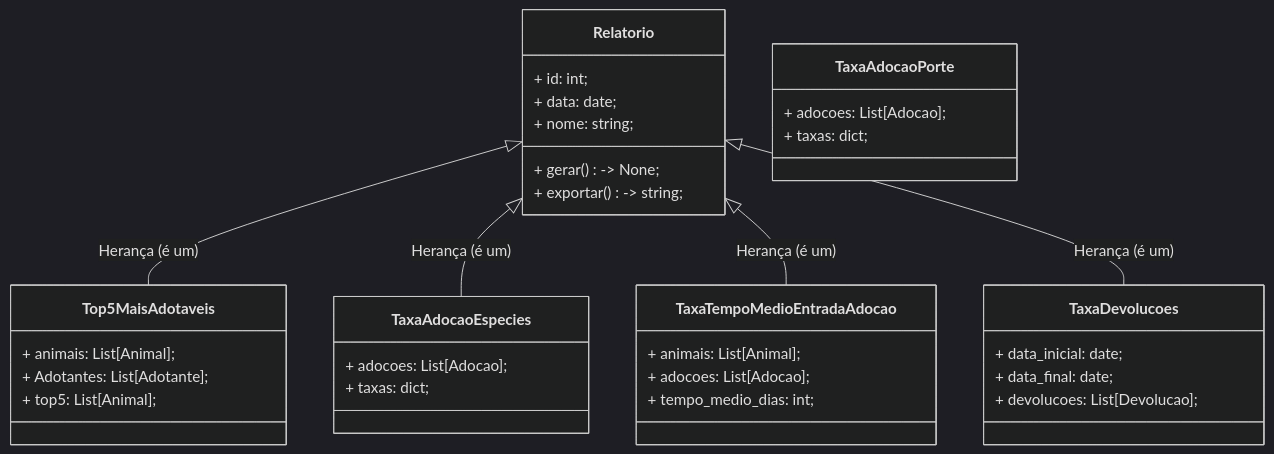
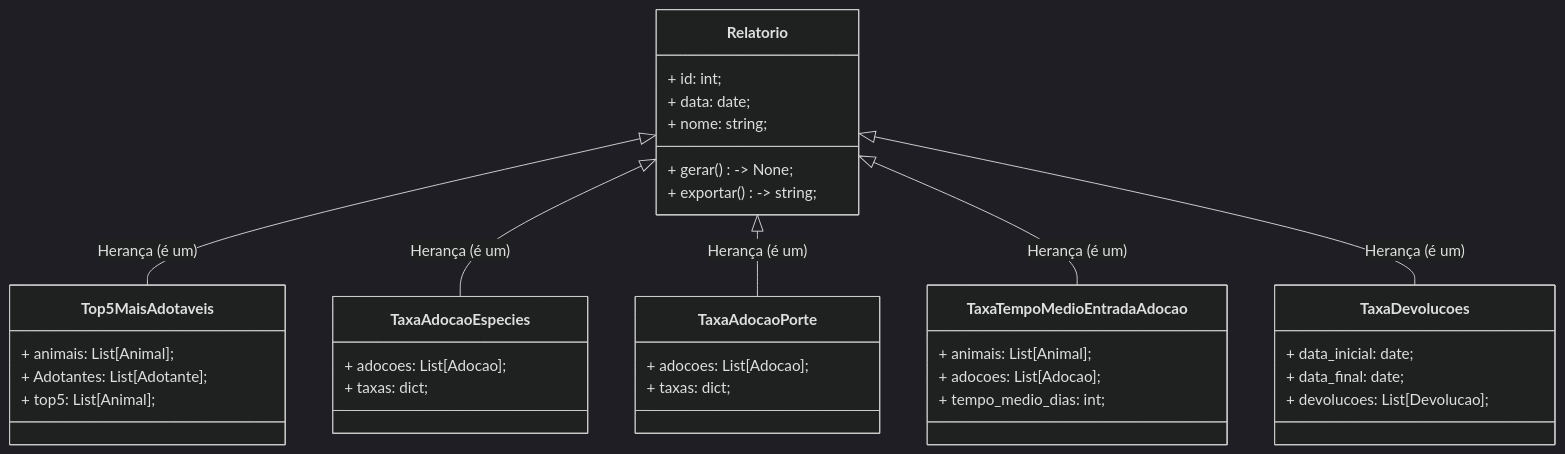
The sixth of 8 diagrams in docs/uml.md (Alisson014/projeto-1-poo-sistema-adocao-animais), drawn with Mermaid (dark theme) before and after one commit. The commit also changed other lines of this file and 2 other files, not shown here.

````diff
--- a/docs/uml.md
+++ b/docs/uml.md
@@ -211,44 +213,45 @@
 ```mermaid
 classDiagram
     class Relatorio {
         + id: int;
         + data: date;
         + nome: string;
         + gerar() -> None;
         + exportar() -> string;
     }
 
     class Top5MaisAdotaveis {
         + animais: List[Animal];
         + Adotantes: List[Adotante];
         + top5: List[Animal];
     }
 
     class TaxaAdocaoEspecies {
         + adocoes: List[Adocao];
         + taxas: dict;
     }
 
     class TaxaAdocaoPorte {
         + adocoes: List[Adocao];
         + taxas: dict;
     }
 
     class TaxaTempoMedioEntradaAdocao {
         + animais: List[Animal];
         + adocoes: List[Adocao];
         + tempo_medio_dias: int;
     }
 
     class TaxaDevolucoes {
         + data_inicial: date;
         + data_final: date;
         + devolucoes: List[Devolucao];
     }
 
     %% Relacionamentos
     Relatorio <|-- Top5MaisAdotaveis : Herança (é um)
     Relatorio <|-- TaxaAdocaoEspecies : Herança (é um)
+    Relatorio <|-- TaxaAdocaoPorte : Herança (é um)
     Relatorio <|-- TaxaTempoMedioEntradaAdocao : Herança (é um)
     Relatorio <|-- TaxaDevolucoes : Herança (é um)
 ```
````
